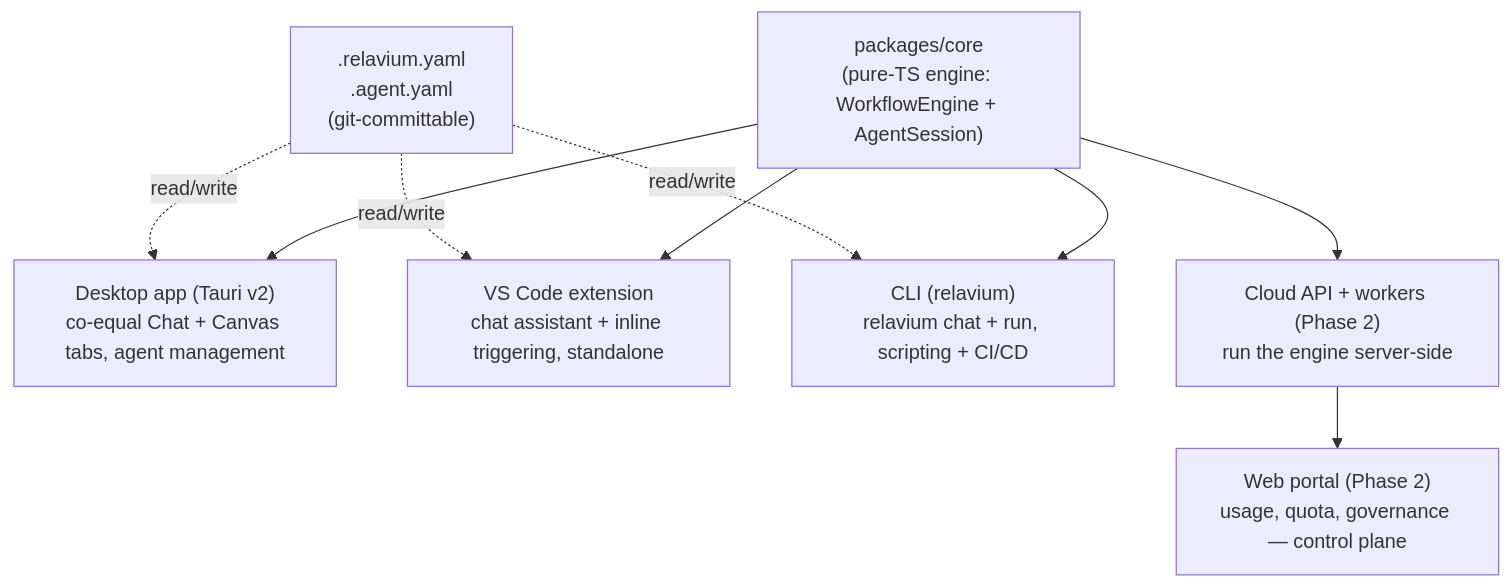
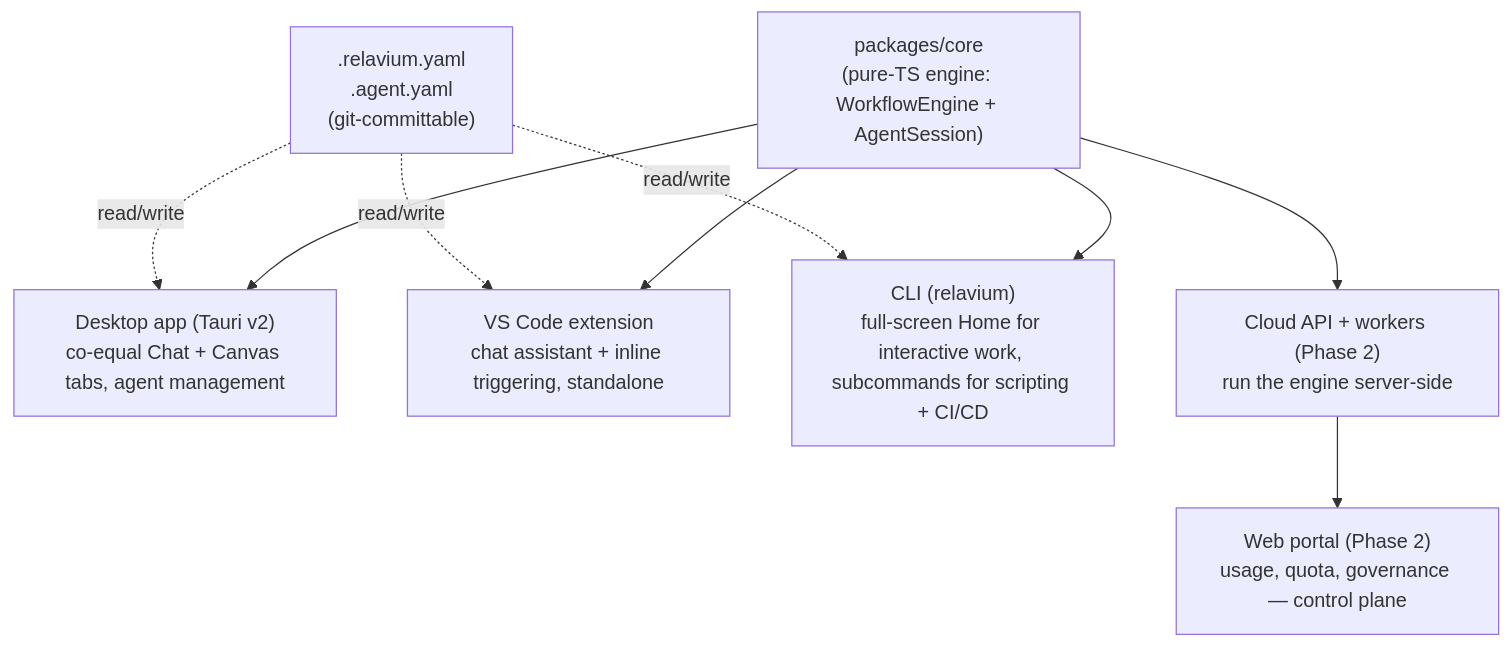
The diagram in docs/vision.md (HodeTech/Relavium), drawn with Mermaid before and after one commit. The commit also changed other lines of this file and 10 other files, not shown here.

First line of the commit message:
docs(cli): make the Home the interactive product

````diff
--- a/docs/vision.md
+++ b/docs/vision.md
@@ -56,20 +56,20 @@
 ```mermaid
 flowchart TD
     Core["packages/core<br/>(pure-TS engine: WorkflowEngine + AgentSession)"]
     Desktop["Desktop app (Tauri v2)<br/>co-equal Chat + Canvas tabs, agent management"]
     VSCode["VS Code extension<br/>chat assistant + inline triggering, standalone"]
-    CLI["CLI (relavium)<br/>relavium chat + run, scripting + CI/CD"]
+    CLI["CLI (relavium)<br/>full-screen Home for interactive work, subcommands for scripting + CI/CD"]
     API["Cloud API + workers (Phase 2)<br/>run the engine server-side"]
     Portal["Web portal (Phase 2)<br/>usage, quota, governance — control plane"]
 
     Core --> Desktop
     Core --> VSCode
     Core --> CLI
     Core --> API
     API --> Portal
 
     Files[".relavium.yaml<br/>.agent.yaml<br/>(git-committable)"]
     Files -.read/write.-> Desktop
     Files -.read/write.-> VSCode
     Files -.read/write.-> CLI
 ```
````
